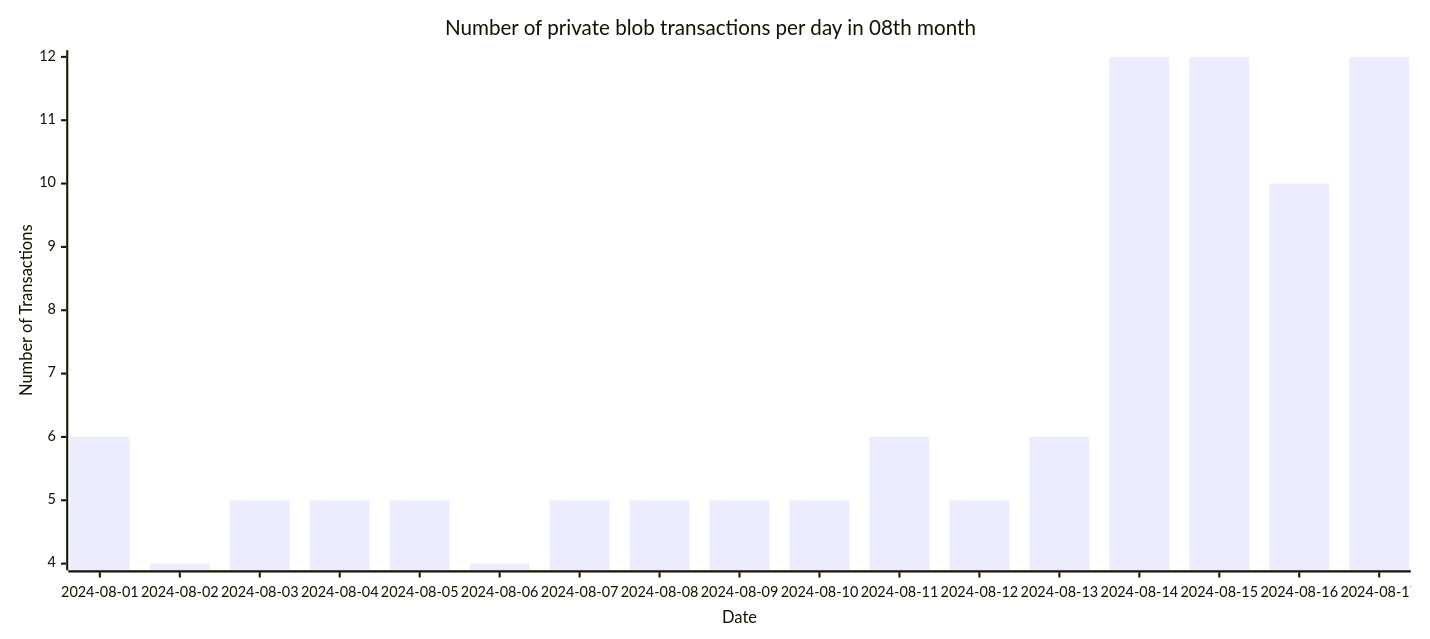
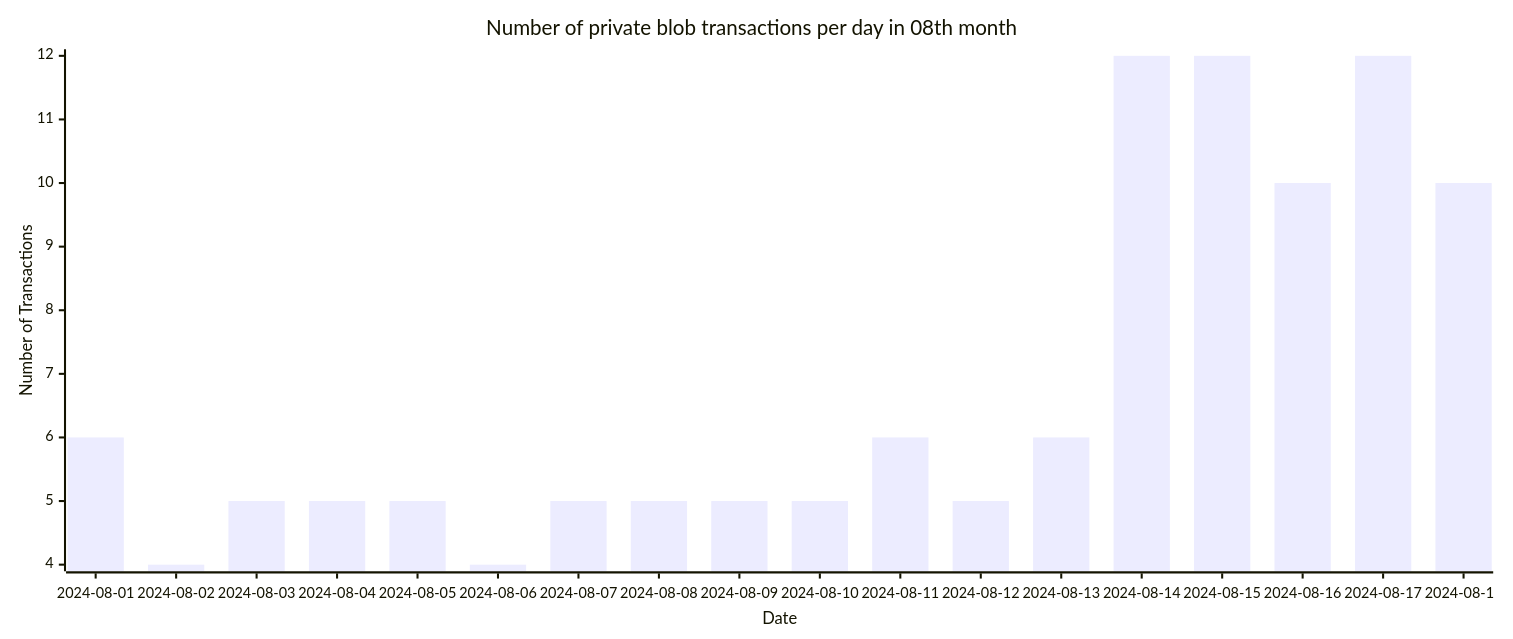
Before and after one commit to Amit0617/eip4844-data: the sixth of 6 diagrams in README.md, drawn with Mermaid. The commit also changed 1 other file, not shown here.

````diff
--- a/README.md
+++ b/README.md
@@ -66,12 +66,12 @@
 ```mermaid
 ---
 config:
     xyChart:
-        width: 1360
+        width: 1440
         height: 600
 ---
 xychart-beta title "Number of private blob transactions per day in 08th month"
-x-axis "Date" [2024-08-01,2024-08-02,2024-08-03,2024-08-04,2024-08-05,2024-08-06,2024-08-07,2024-08-08,2024-08-09,2024-08-10,2024-08-11,2024-08-12,2024-08-13,2024-08-14,2024-08-15,2024-08-16,2024-08-17]
+x-axis "Date" [2024-08-01,2024-08-02,2024-08-03,2024-08-04,2024-08-05,2024-08-06,2024-08-07,2024-08-08,2024-08-09,2024-08-10,2024-08-11,2024-08-12,2024-08-13,2024-08-14,2024-08-15,2024-08-16,2024-08-17,2024-08-18]
 y-axis "Number of Transactions"
-bar[6,4,5,5,5,4,5,5,5,5,6,5,6,12,12,10,12]
+bar[6,4,5,5,5,4,5,5,5,5,6,5,6,12,12,10,12,10]
 ```
````
